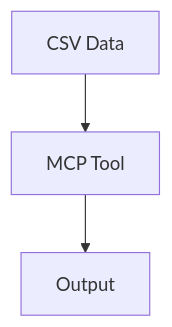
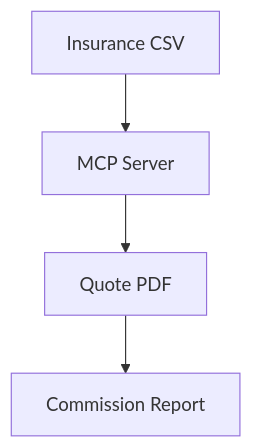
The diagram in docs/img/architecture.mmd (itprodirect/Model-Context-Protocol-101), drawn with Mermaid before and after one commit. The commit also changed 2 other files, not shown here.

Commit message:
docs: update architecture diagram

```diff
--- a/docs/img/architecture.mmd
+++ b/docs/img/architecture.mmd
@@ -1,3 +1,4 @@
 graph TD
-    A[CSV Data] --> B[MCP Tool]
-    B --> C[Output]
+    A[Insurance CSV] --> B[MCP Server]
+    B --> C[Quote PDF]
+    C --> D[Commission Report]
```
